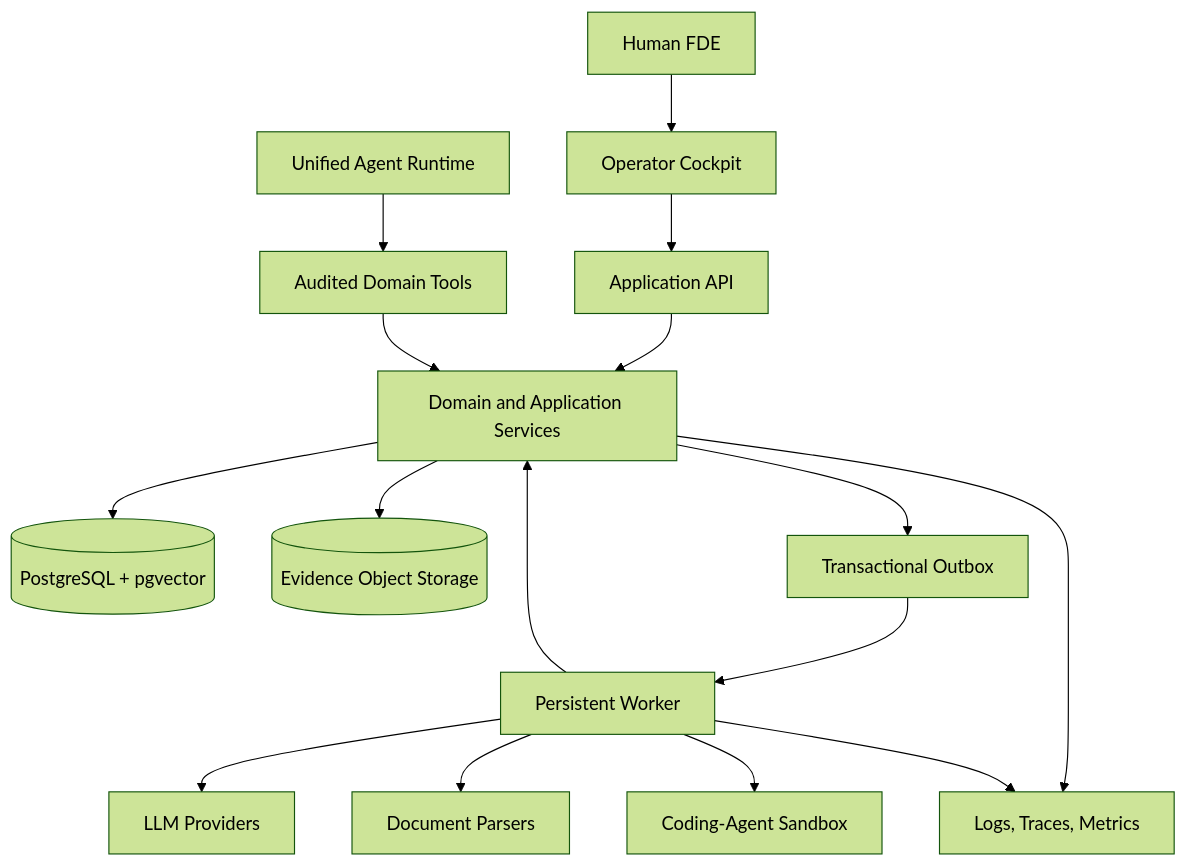
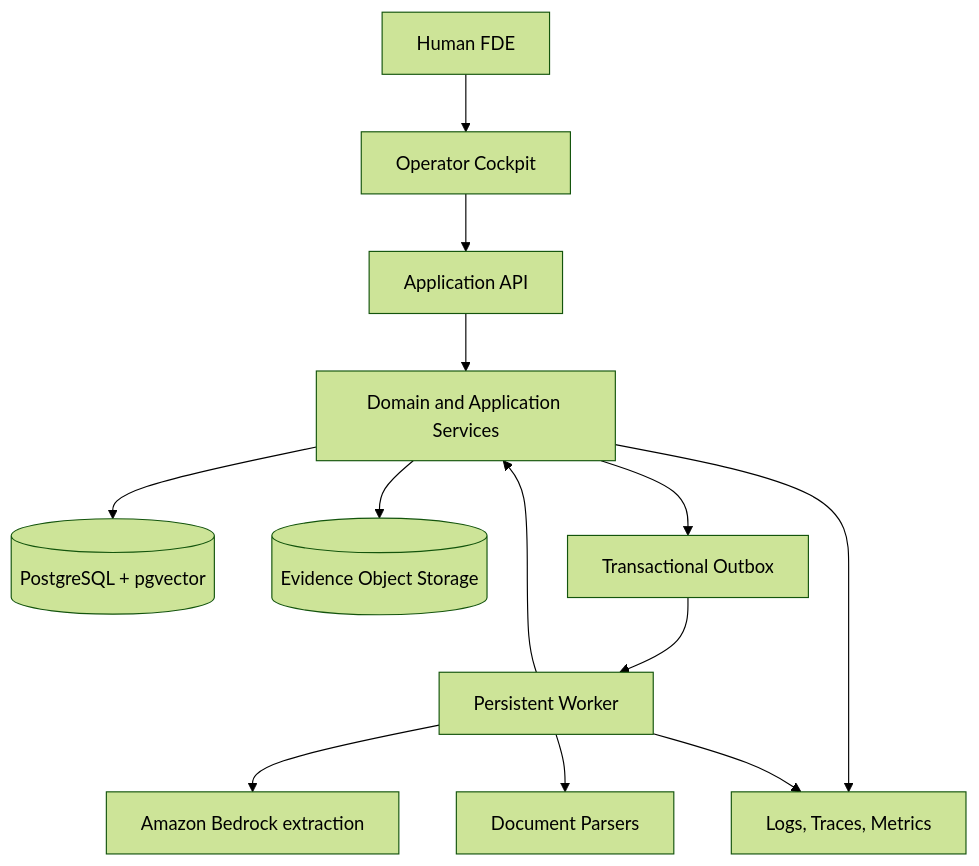
One commit to jaydubya818/AI-FDE-Agent changed the first of 2 diagrams in docs/architecture/system-architecture.md. Above: the diagram before and after it, drawn with Mermaid (forest theme). The commit also changed other lines of this file and 74 other files, not shown here.

````diff
--- a/docs/architecture/system-architecture.md
+++ b/docs/architecture/system-architecture.md
@@ -23,21 +23,18 @@
 ```mermaid
 flowchart TB
     FDE["Human FDE"] --> WEB["Operator Cockpit"]
     WEB --> API["Application API"]
     API --> APP["Domain and Application Services"]
     WORKER["Persistent Worker"] --> APP
-    AGENT["Unified Agent Runtime"] --> TOOLS["Audited Domain Tools"]
-    TOOLS --> APP
 
     APP --> PG[("PostgreSQL + pgvector")]
     APP --> OBJ[("Evidence Object Storage")]
     APP --> OUTBOX["Transactional Outbox"]
     OUTBOX --> WORKER
 
-    WORKER --> LLM["LLM Providers"]
+    WORKER --> LLM["Amazon Bedrock extraction"]
     WORKER --> PARSER["Document Parsers"]
-    WORKER --> SANDBOX["Coding-Agent Sandbox"]
 
     APP --> OTEL["Logs, Traces, Metrics"]
     WORKER --> OTEL
 ```
````
